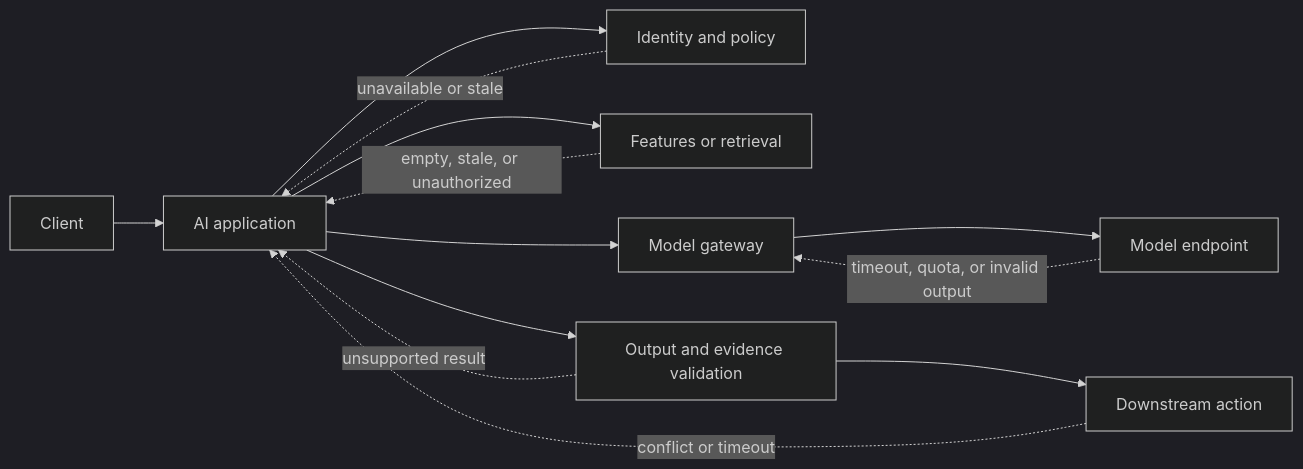
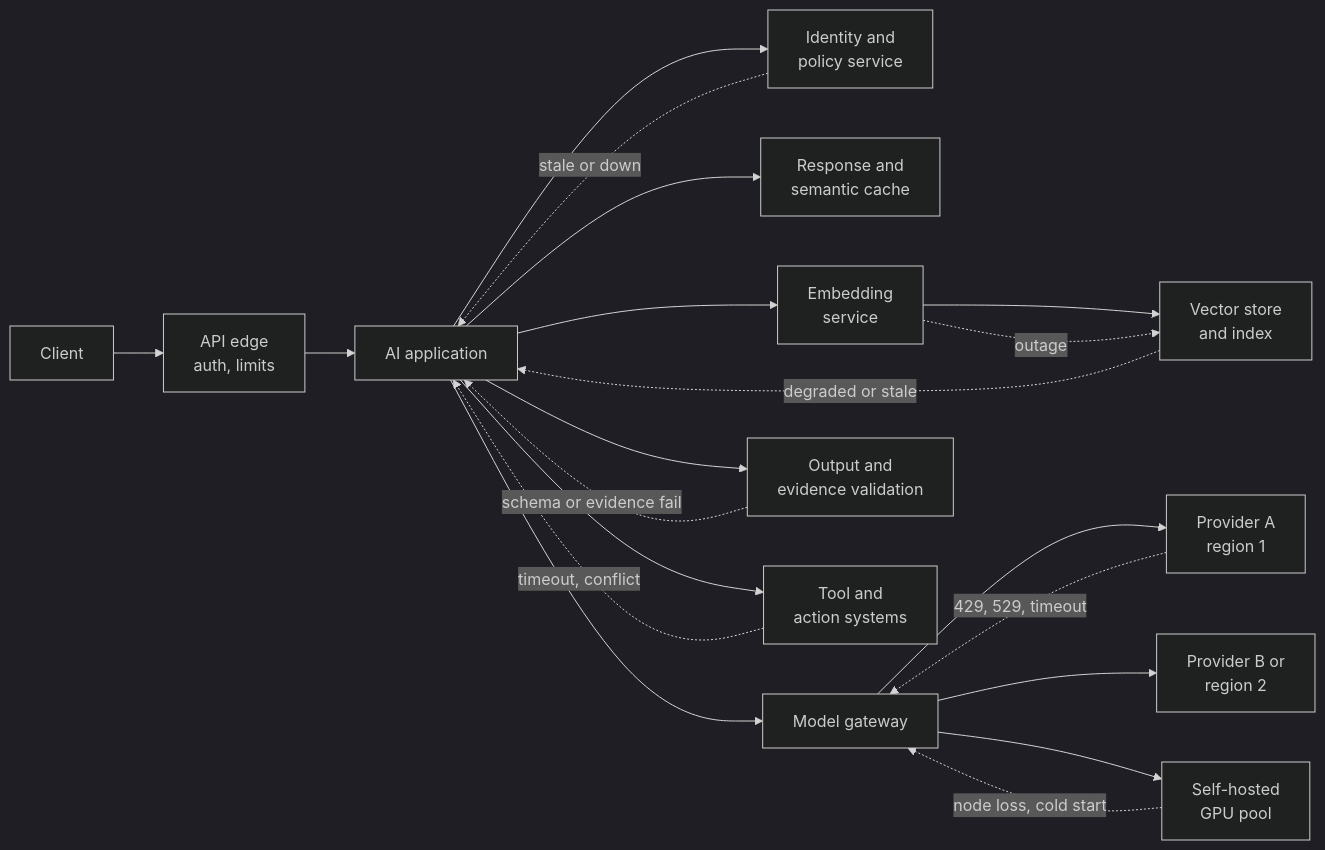
The first of 16 diagrams in 17_AI_Architecture/CH13_Reliability_and_Resilience_Patterns_for_AI_Workloads.md (joydasss/Architect), drawn with Mermaid (dark theme) before and after one commit. The commit also changed other lines of this file and 295 other files, not shown here.

````diff
--- a/17_AI_Architecture/CH13_Reliability_and_Resilience_Patterns_for_AI_Workloads.md
+++ b/17_AI_Architecture/CH13_Reliability_and_Resilience_Patterns_for_AI_Workloads.md
@@ -11,15 +114,22 @@
 ```mermaid
 flowchart LR
-    Client[Client] --> App[AI application]
-    App --> Identity[Identity and policy]
-    App --> Data[Features or retrieval]
-    App --> Gateway[Model gateway]
-    Gateway --> Provider[Model endpoint]
-    App --> Validate[Output and evidence validation]
-    Validate --> Action[Downstream action]
-    Identity -. unavailable or stale .-> App
-    Data -. empty, stale, or unauthorized .-> App
-    Provider -. timeout, quota, or invalid output .-> Gateway
-    Validate -. unsupported result .-> App
-    Action -. conflict or timeout .-> App
+    Client["Client"] --> Edge["API edge<br/>auth, limits"]
+    Edge --> App["AI application"]
+    App --> Policy["Identity and<br/>policy service"]
+    App --> Cache["Response and<br/>semantic cache"]
+    App --> Embed["Embedding<br/>service"]
+    Embed --> Vec["Vector store<br/>and index"]
+    App --> Gateway["Model gateway"]
+    Gateway --> P1["Provider A<br/>region 1"]
+    Gateway --> P2["Provider B or<br/>region 2"]
+    Gateway --> Self["Self-hosted<br/>GPU pool"]
+    App --> Valid["Output and<br/>evidence validation"]
+    App --> Tools["Tool and<br/>action systems"]
+    Policy -. "stale or down" .-> App
+    Embed -. "outage" .-> Vec
+    Vec -. "degraded or stale" .-> App
+    P1 -. "429, 529, timeout" .-> Gateway
+    Self -. "node loss, cold start" .-> Gateway
+    Valid -. "schema or evidence fail" .-> App
+    Tools -. "timeout, conflict" .-> App
 ```
````
